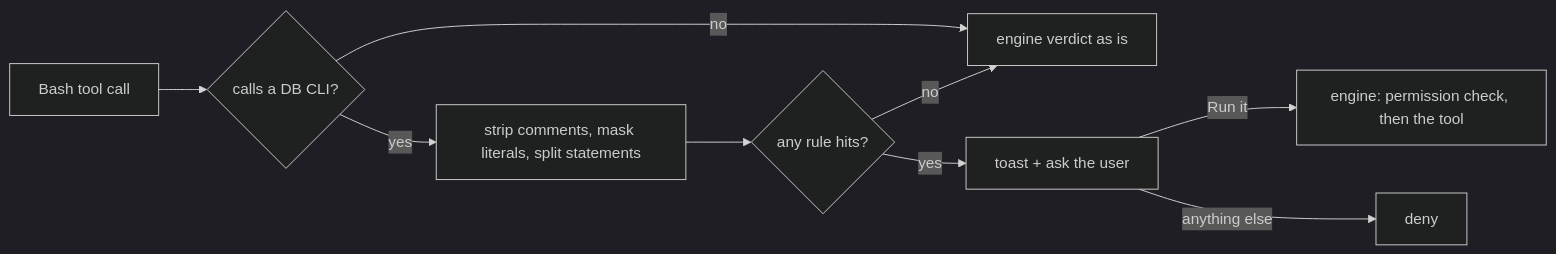
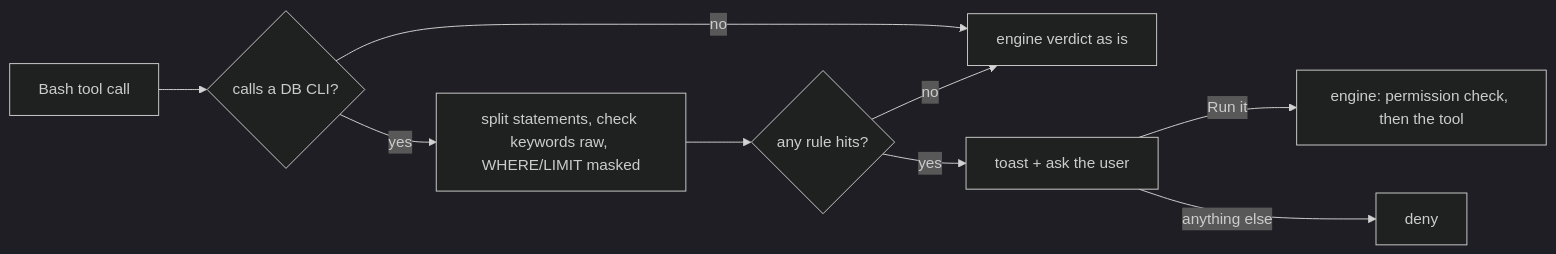
Before and after one commit to nu0ma/query-guard: the diagram in README.md, drawn with Mermaid (dark theme). The commit also changed other lines of this file and 5 other files, not shown here.

````diff
--- a/README.md
+++ b/README.md
@@ -81,11 +89,11 @@
 ```mermaid
 flowchart LR
   B[Bash tool call] --> C{calls a DB CLI?}
   C -- no --> V[engine verdict as is]
-  C -- yes --> P[strip comments, mask literals, split statements]
+  C -- yes --> P[split statements, check keywords raw, WHERE/LIMIT masked]
   P --> R{any rule hits?}
   R -- no --> V
   R -- yes --> A[toast + ask the user]
   A -- Run it --> E[engine: permission check, then the tool]
   A -- anything else --> D[deny]
 ```
````
